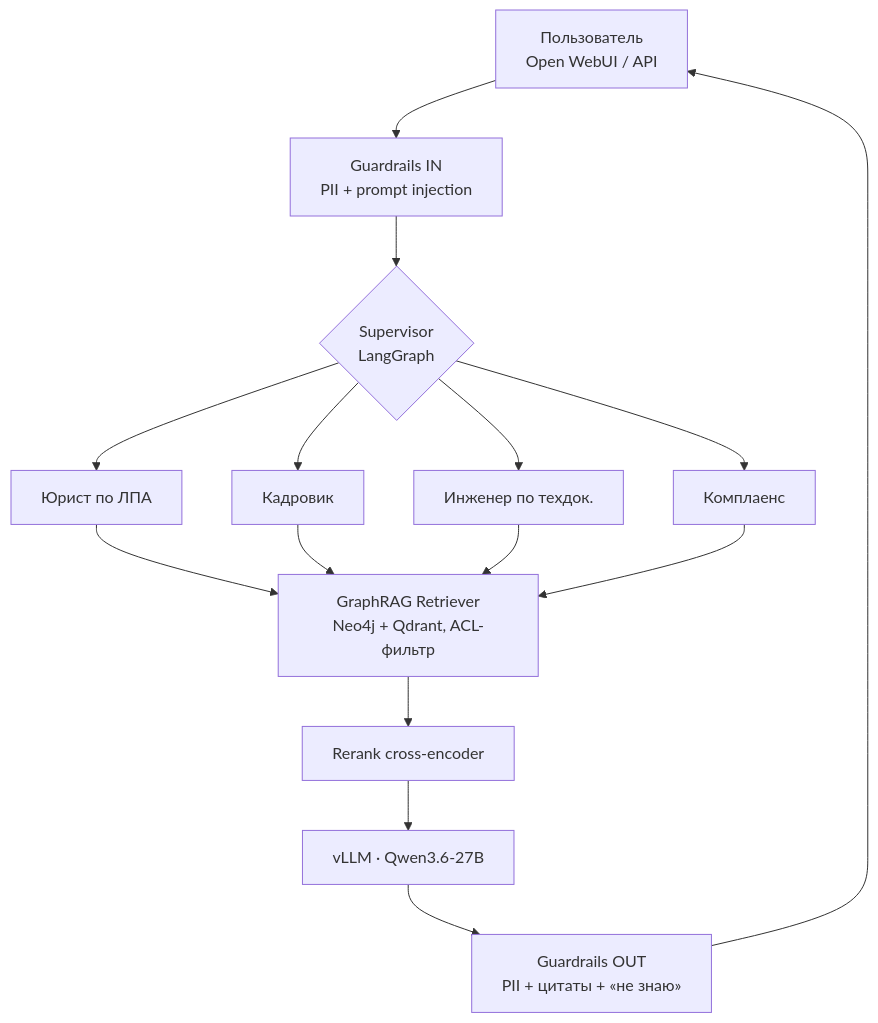
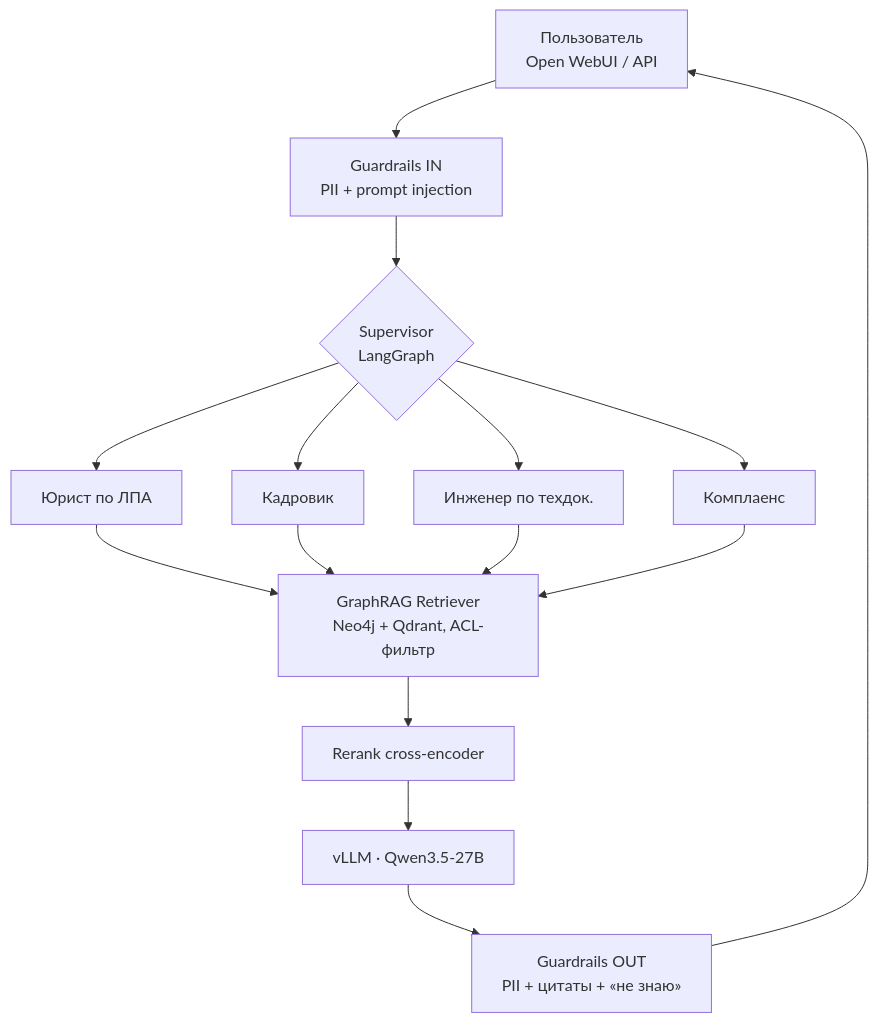
One commit to ZubikIT/ai-architect changed the first of 2 diagrams in final-project/sessions/32-vybor-temy.md. Above: the diagram before and after it, drawn with Mermaid. The commit also changed other lines of this file and 11 other files, not shown here.

````diff
--- a/final-project/sessions/32-vybor-temy.md
+++ b/final-project/sessions/32-vybor-temy.md
@@ -110,14 +110,14 @@
 ```mermaid
 flowchart TB
   U[Пользователь<br/>Open WebUI / API] --> GI[Guardrails IN<br/>PII + prompt injection]
   GI --> S{Supervisor<br/>LangGraph}
   S --> A1[Юрист по ЛПА]
   S --> A2[Кадровик]
   S --> A3[Инженер по техдок.]
   S --> A4[Комплаенс]
   A1 & A2 & A3 & A4 --> R[GraphRAG Retriever<br/>Neo4j + Qdrant, ACL-фильтр]
   R --> RR[Rerank cross-encoder]
-  RR --> L[vLLM · Qwen3.6-27B]
+  RR --> L[vLLM · Qwen3.5-27B]
   L --> GO[Guardrails OUT<br/>PII + цитаты + «не знаю»]
   GO --> U
 ```
````
